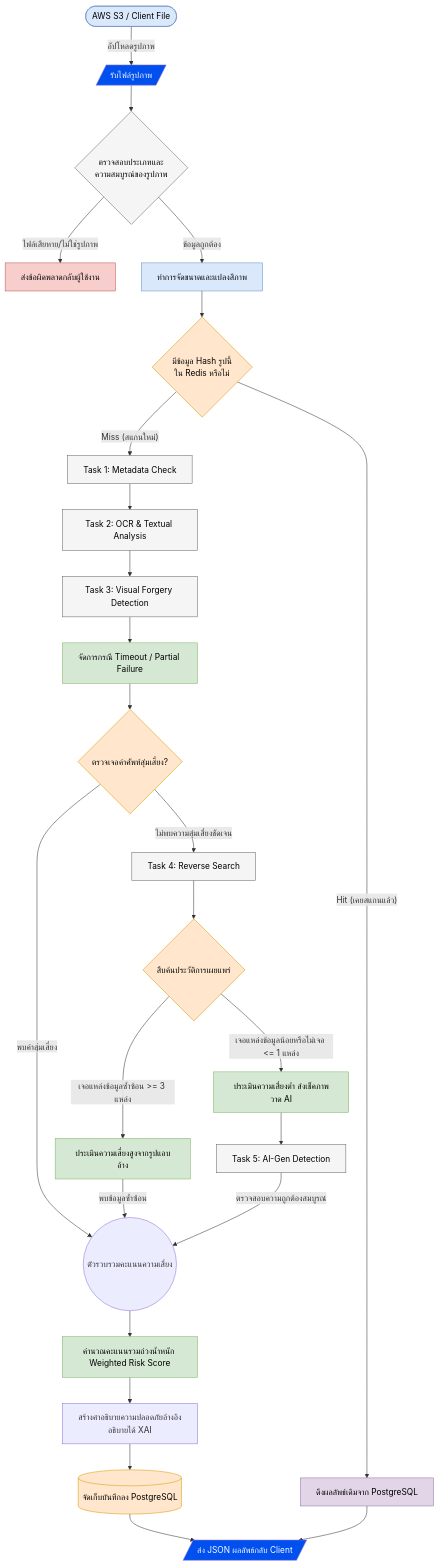
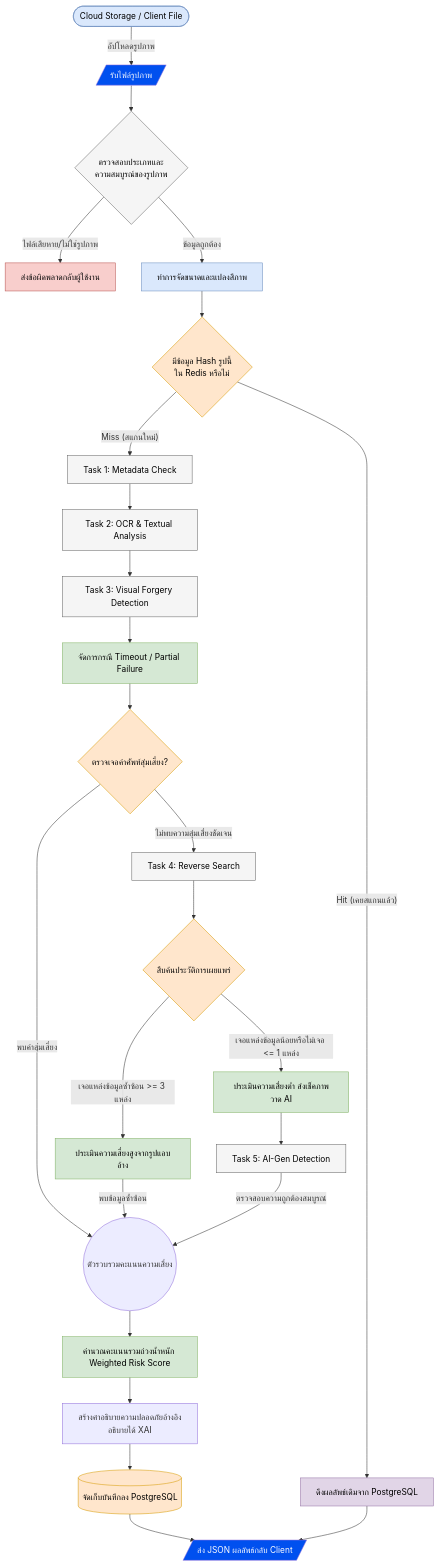
One commit to Panuwat-ta/project changed the third of 3 diagrams in design/architecture.md. Above: the diagram before and after it, drawn with Mermaid. The commit also changed other lines of this file and 7 other files, not shown here.

Commit message:
Refactor storage references from AWS S3 to Cloud Storage across documentation and task tracking files; update task descriptions for AI model training and OCR module development.

````diff
--- a/design/architecture.md
+++ b/design/architecture.md
@@ -193,67 +193,67 @@
 ```mermaid
 graph TD
     %% Source & Initial Validation
-    S3([AWS S3 / Client File]) -- อัปโหลดรูปภาพ --> Receive[/รับไฟล์รูปภาพ/]
+    CloudStorage([Cloud Storage / Client File]) -- อัปโหลดรูปภาพ --> Receive[/รับไฟล์รูปภาพ/]
     Receive --> NodeValidate{ตรวจสอบประเภทและ<br>ความสมบูรณ์ของรูปภาพ}
     
     NodeValidate -- ไฟล์เสียหาย/ไม่ใช่รูปภาพ --> Reject[ส่งข้อผิดพลาดกลับผู้ใช้งาน]
     NodeValidate -- ข้อมูลถูกต้อง --> Preprocess[ทำการจัดขนาดและแปลงสีภาพ]
 
     %% Cache Mechanism
     Preprocess --> NodeCache{มีข้อมูล Hash รูปนี้<br>ใน Redis หรือไม่}
     NodeCache -- Hit (เคยสแกนแล้ว) --> RetCache[ดึงผลลัพธ์เดิมจาก PostgreSQL]
     
     %% Processing Tasks
     NodeCache -- Miss (สแกนใหม่) --> Task1[Task 1: Metadata Check]
     Task1 --> Task2[Task 2: OCR & Textual Analysis]
     Task2 --> Task3[Task 3: Visual Forgery Detection]
     
     %% Error Handling & Logic Branching
     Task3 --> PartialFail[จัดการกรณี Timeout / Partial Failure]
     PartialFail --> NodeKeyword{ตรวจเจอคำศัพท์สุ่มเสี่ยง?}
     
     NodeKeyword -- ไม่พบความสุ่มเสี่ยงชัดเจน --> Task4[Task 4: Reverse Search]
     Task4 --> NodeSearch{สืบค้นประวัติการเผยแพร่}
     
     NodeSearch -- เจอแหล่งข้อมูลซ้ำซ้อน >= 3 แหล่ง --> SourceHigh[ประเมินความเสี่ยงสูงจากรูปแอบอ้าง]
     NodeSearch -- เจอแหล่งข้อมูลน้อยหรือไม่เจอ <= 1 แหล่ง --> SourceLow[ประเมินความเสี่ยงต่ำ ส่งเช็คภาพวาด AI]
     
     SourceLow --> Task5[Task 5: AI-Gen Detection]
     
     %% Aggregation Point (Collector)
     Collector((ตัวรวบรวมคะแนนความเสี่ยง))
     NodeKeyword -- พบคำสุ่มเสี่ยง --> Collector
     SourceHigh -- พบข้อมูลซ้ำซ้อน --> Collector
     Task5 -- ตรวจสอบความถูกต้องสมบูรณ์ --> Collector
     
     %% Final Calculation & Storage
     Collector --> Calc[คำนวณคะแนนรวมถ่วงน้ำหนัก Weighted Risk Score]
     Calc --> Gen[สร้างคำอธิบายความปลอดภัยอ้างอิงอธิบายได้ XAI]
     Gen --> DB[(จัดเก็บบันทึกลง PostgreSQL)]
     
     %% Output
     DB --> Output[/ส่ง JSON ผลลัพธ์กลับ Client/]
     RetCache --> Output
 
     %% Styling
-    style S3 fill:#dae8fc,stroke:#6c8ebf,color:black
+    style CloudStorage fill:#dae8fc,stroke:#6c8ebf,color:black
     style Receive fill:#0050ef,color:white
     style NodeValidate fill:#f5f5f5,stroke:#666,color:black
     style Reject fill:#f8cecc,stroke:#b85450,color:black
     style Preprocess fill:#dae8fc,stroke:#6c8ebf,color:black
     style NodeCache fill:#ffe6cc,stroke:#d79b00,color:black
     style RetCache fill:#e1d5e7,stroke:#9673a6,color:black
     style Task1 fill:#f5f5f5,stroke:#666,color:black
     style Task2 fill:#f5f5f5,stroke:#666,color:black
     style Task3 fill:#f5f5f5,stroke:#666,color:black
     style Task4 fill:#f5f5f5,stroke:#666,color:black
     style Task5 fill:#f5f5f5,stroke:#666,color:black
     style PartialFail fill:#d5e8d4,stroke:#82b366,color:black
     style NodeKeyword fill:#ffe6cc,stroke:#d79b00,color:black
     style NodeSearch fill:#ffe6cc,stroke:#d79b00,color:black
     style SourceHigh fill:#d5e8d4,stroke:#82b366,color:black
     style SourceLow fill:#d5e8d4,stroke:#82b366,color:black
     style Calc fill:#d5e8d4,stroke:#82b366,color:black
     style DB fill:#ffe6cc,stroke:#d79b00,color:black
     style Output fill:#0050ef,color:white
 ```
````
